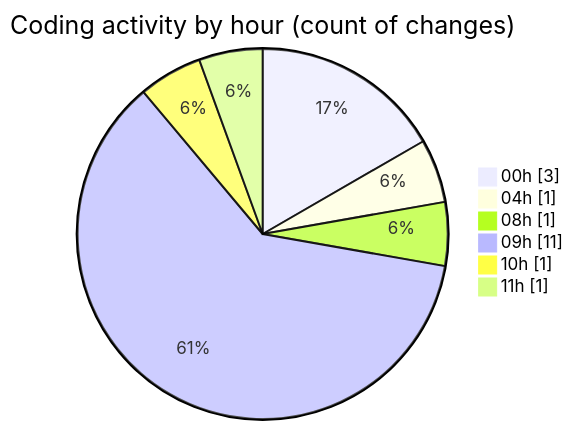
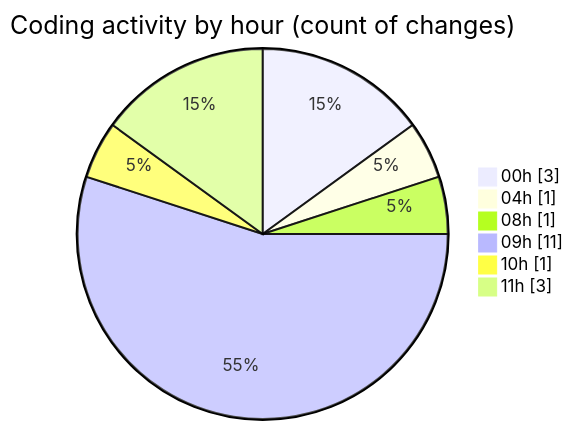
Before and after one commit to tmsrecording-cyber/code-tracking: the second of 2 diagrams in 2026-02-03/singularitybrainai/README.md, drawn with Mermaid. The commit also changed other lines of this file and 1 other file, not shown here.

````diff
--- a/2026-02-03/singularitybrainai/README.md
+++ b/2026-02-03/singularitybrainai/README.md
@@ -33,10 +33,10 @@
 ```mermaid
 pie showData
 title Coding activity by hour (count of changes)
 "00h" : 3
 "04h" : 1
 "08h" : 1
 "09h" : 11
 "10h" : 1
-"11h" : 1
+"11h" : 3
 ```
````
